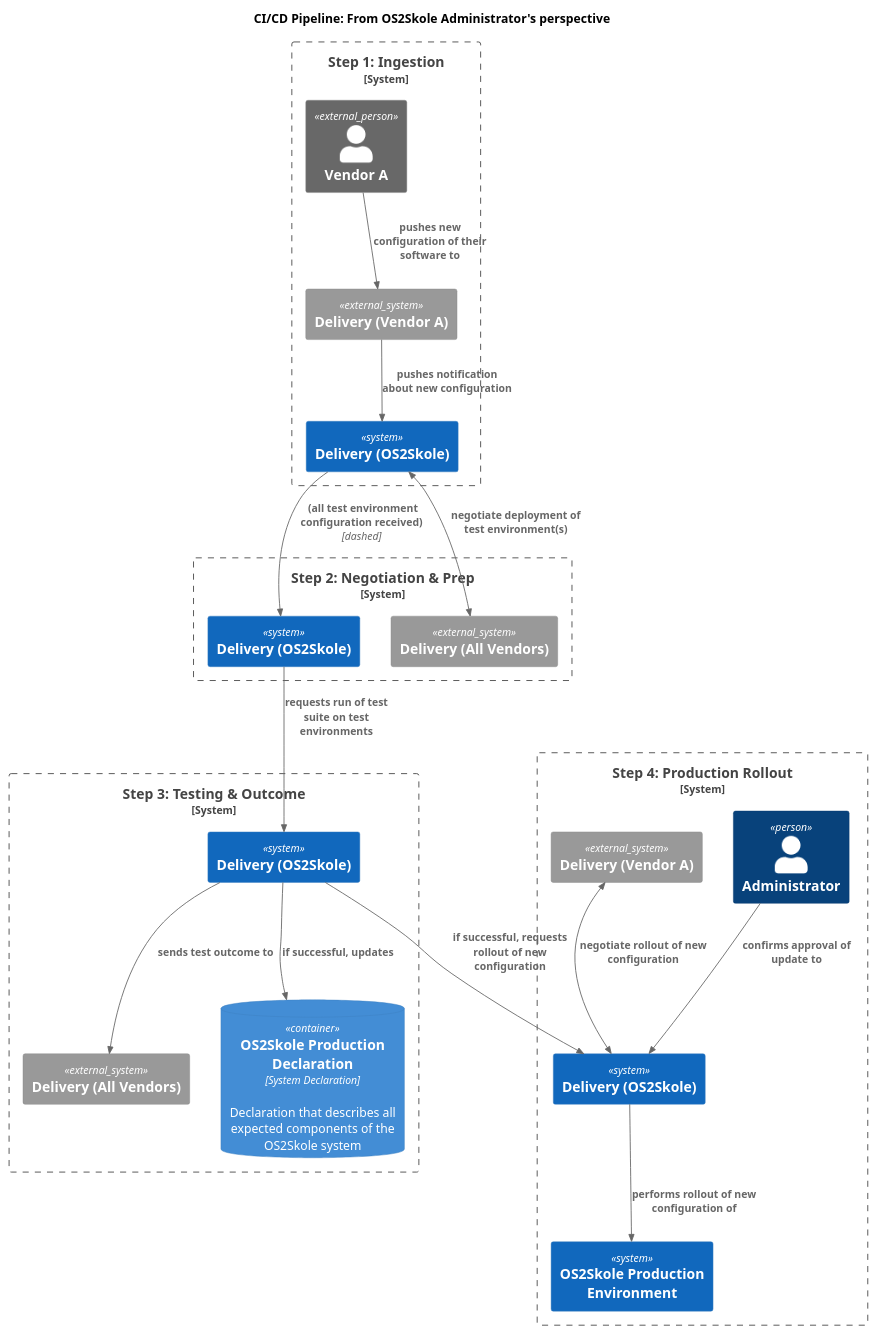
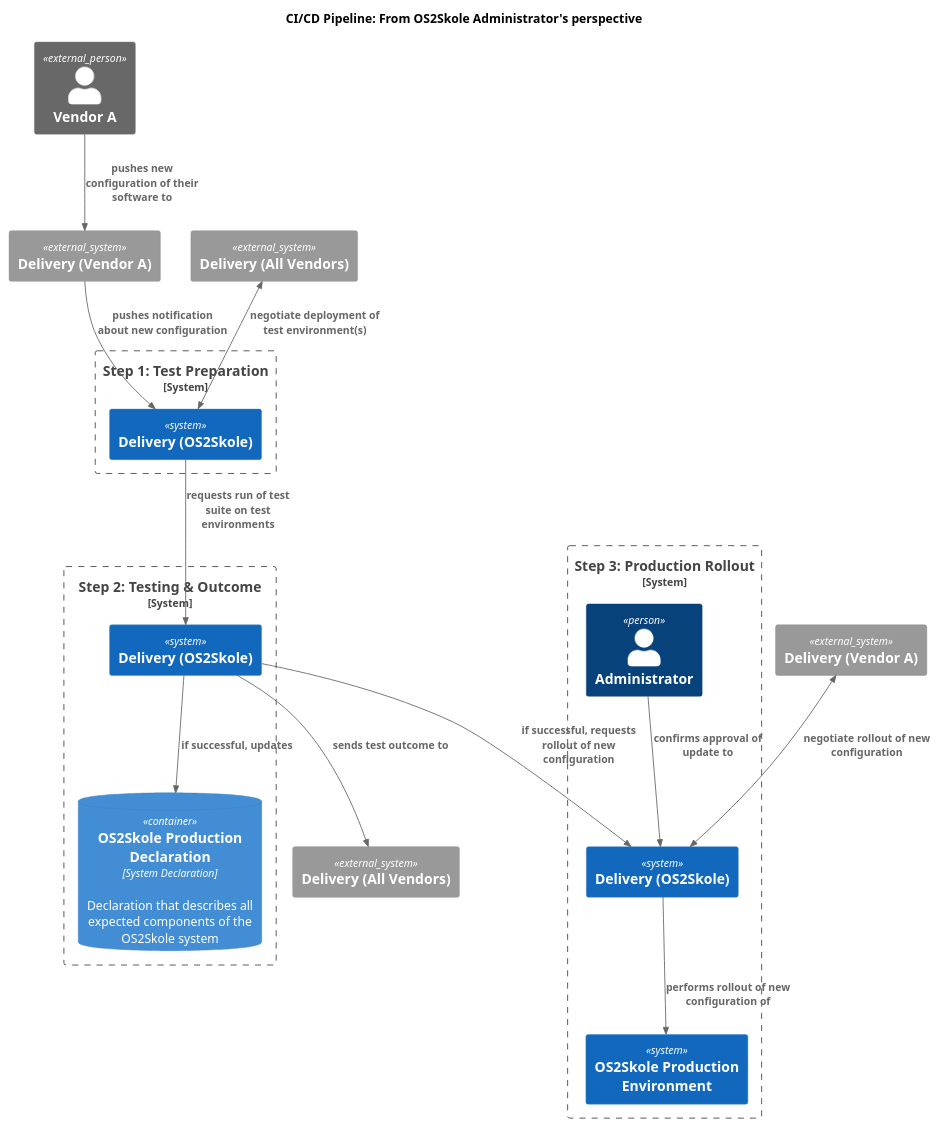
One commit to 0xf1e/os2skole-PoC changed the diagram in docs/diagrams/pipeline_dynamic_diagram.puml. Above: the diagram before and after it, drawn with PlantUML.

Commit message:
docs: restructure CI/CD pipeline diagram to move vendor systems outside and rename steps to reflect new workflow

```diff
--- a/docs/diagrams/pipeline_dynamic_diagram.puml
+++ b/docs/diagrams/pipeline_dynamic_diagram.puml
@@ -1,52 +1,45 @@
 @startuml
 !include https://raw.githubusercontent.com/plantuml-stdlib/C4-PlantUML/master/C4_Container.puml
 
-' LEFT TO RIGHT DIRECTION
-' skinparam linetype ortho
-
 title CI/CD Pipeline: From OS2Skole Administrator's perspective
 
-' --- Step 1: Ingestion ---
-Boundary(step1, "Step 1: Ingestion", $type="System") {
-    Person_Ext(vendor_a, "Vendor A")
-    System_Ext(delivery_vendor_a, "Delivery (Vendor A)", "")
-    System(os2skole_1_notification, "Delivery (OS2Skole)")
+' --- External Actors ---
+Person_Ext(vendor_a, "Vendor A")
+System_Ext(delivery_vendor_a, "Delivery (Vendor A)", "")
+System_Ext(delivery_all_vendors_nego, "Delivery (All Vendors)", "")
+System_Ext(delivery_all_vendors_outcome, "Delivery (All Vendors)", "")
+System_Ext(delivery_vendor_a_prod, "Delivery (Vendor A)", "")
 
-    Rel(vendor_a, delivery_vendor_a, "pushes new configuration of their software to")
-    Rel(delivery_vendor_a, os2skole_1_notification, "pushes notification about new configuration")
+Rel(vendor_a, delivery_vendor_a, "pushes new configuration of their software to")
+
+' --- Step 1: Test Preparation ---
+Boundary(step1, "Step 1: Test Preparation", $type="System") {
+    System(os2skole_2_test_prep, "Delivery (OS2Skole)")
 }
 
-' --- Step 2: Negotiation & Prep ---
-Boundary(step2, "Step 2: Negotiation & Prep", $type="System") {
-    System_Ext(delivery_all_vendors_nego, "Delivery (All Vendors)", "")
-    System(os2skole_2_test_prep, "Delivery (OS2Skole)")
+Rel(delivery_vendor_a, os2skole_2_test_prep, "pushes notification about new configuration")
+BiRel(delivery_all_vendors_nego, os2skole_2_test_prep, "negotiate deployment of test environment(s)")
 
-    BiRel(delivery_all_vendors_nego, os2skole_1_notification, "negotiate deployment of test environment(s)")
-    Rel(os2skole_1_notification, os2skole_2_test_prep, " (all test environment configuration received)", "dashed")
+' --- Step 2: Testing & Outcome ---
+Boundary(step2, "Step 2: Testing & Outcome", $type="System") {
+    System(os2skole_3_update, "Delivery (OS2Skole)")
+    ContainerDb(prod_decl, "OS2Skole Production Declaration", "System Declaration", "Declaration that describes all expected components of the OS2Skole system")
 }
 
-' --- Step 3: Testing & Outcome ---
-Boundary(step3, "Step 3: Testing & Outcome", $type="System") {
-    System_Ext(delivery_all_vendors_outcome, "Delivery (All Vendors)", "")
-    System(os2skole_3_update, "Delivery (OS2Skole)")
-    ContainerDb(prod_decl, "OS2Skole Production Declaration", "System Declaration", "Declaration that describes all expected components of the OS2Skole system")
+Rel(os2skole_2_test_prep, os2skole_3_update, "requests run of test suite on test environments")
+Rel(os2skole_3_update, delivery_all_vendors_outcome, "sends test outcome to")
+Rel(os2skole_3_update, prod_decl, "if successful, updates")
 
-    Rel(os2skole_2_test_prep, os2skole_3_update, "requests run of test suite on test environments")
-    Rel(os2skole_3_update, delivery_all_vendors_outcome, "sends test outcome to")
-    Rel(os2skole_3_update, prod_decl, "if successful, updates")
+' --- Step 3: Production Rollout ---
+Boundary(step3, "Step 3: Production Rollout", $type="System") {
+    System(os2skole_4_rollout, "Delivery (OS2Skole)")
+    Person(admin, "Administrator", "")
+    System(prod_env, "OS2Skole Production\nEnvironment")
 }
 
-' --- Step 4: Production Rollout ---
-Boundary(step4, "Step 4: Production Rollout", $type="System") {
-    System(os2skole_4_rollout, "Delivery (OS2Skole)")
-    Person(admin, "Administrator", "")
-    System_Ext(delivery_vendor_a_prod, "Delivery (Vendor A)", "")
-    System(prod_env, "OS2Skole Production\nEnvironment")
-
-    Rel(os2skole_3_update, os2skole_4_rollout, "if successful, requests rollout of new configuration")
-    Rel(admin, os2skole_4_rollout, "confirms approval of update to")
-    BiRel(delivery_vendor_a_prod, os2skole_4_rollout, "negotiate rollout of new configuration")
-    Rel(os2skole_4_rollout, prod_env, "performs rollout of new configuration of")
-}
+Rel(os2skole_3_update, os2skole_4_rollout, "if successful, requests rollout of new configuration")
+Rel(admin, os2skole_4_rollout, "confirms approval of update to")
+BiRel(delivery_vendor_a_prod, os2skole_4_rollout, "negotiate rollout of new configuration")
+Rel(os2skole_4_rollout, prod_env, "performs rollout of new configuration of")
 
 @enduml
```
